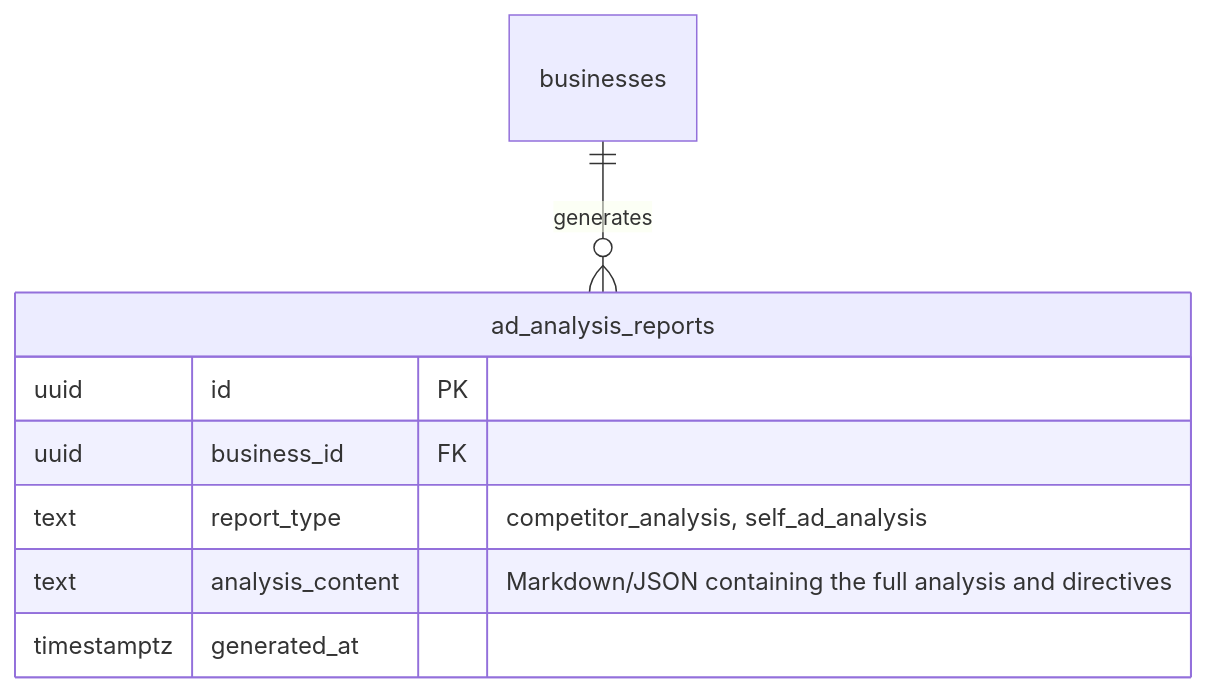
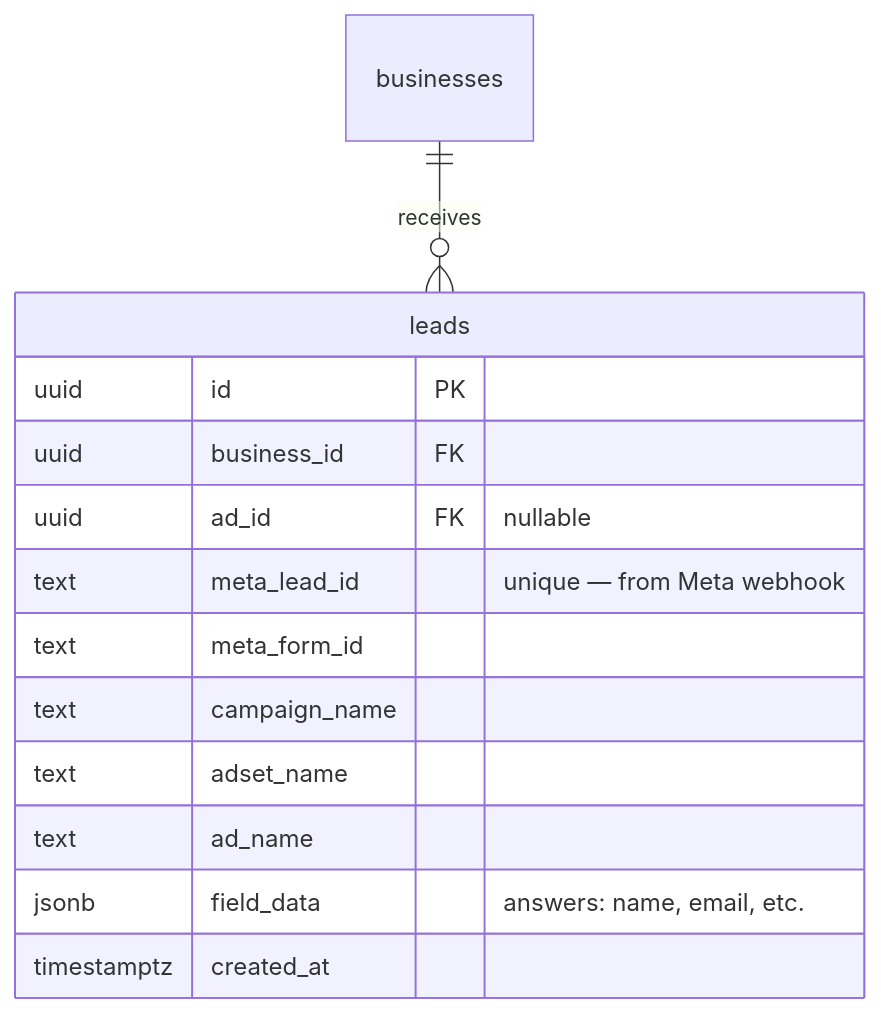
Before and after one commit to Aumatic-AI/Kinetix: the sixth of 7 diagrams in docs/architecture/database_schema.md, drawn with Mermaid. The commit also changed other lines of this file and 124 other files, not shown here.

````diff
--- a/docs/architecture/database_schema.md
+++ b/docs/architecture/database_schema.md
@@ -269,12 +274,17 @@
 ```mermaid
 erDiagram
-    businesses ||--o{ ad_analysis_reports : "generates"
+    businesses ||--o{ leads : "receives"
 
-    ad_analysis_reports {
+    leads {
         uuid id PK
         uuid business_id FK
-        text report_type "competitor_analysis, self_ad_analysis"
-        text analysis_content "Markdown/JSON containing the full analysis and directives"
-        timestamptz generated_at
+        uuid ad_id FK "nullable"
+        text meta_lead_id "unique — from Meta webhook"
+        text meta_form_id
+        text campaign_name
+        text adset_name
+        text ad_name
+        jsonb field_data "answers: name, email, etc."
+        timestamptz created_at
     }
 ```
````
